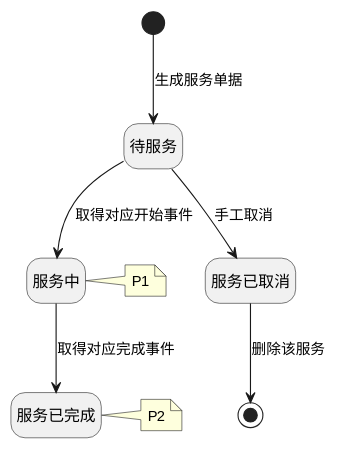
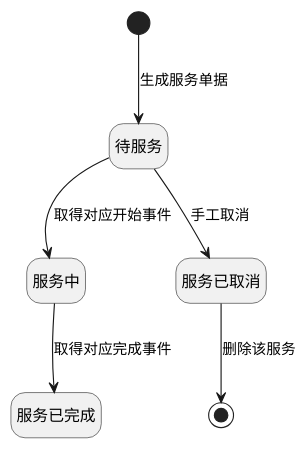
The fifth of 7 diagrams in product-caliber/goldjet/segmented-prd/PRD.高捷物流系统一期.第009篇.空运-订单创建.5029269CA8.md (jack888332/projects-doc), drawn with PlantUML before and after one commit. The commit also changed other lines of this file and 24 other files, not shown here.

````diff
--- a/product-caliber/goldjet/segmented-prd/PRD.高捷物流系统一期.第009篇.空运-订单创建.5029269CA8.md
+++ b/product-caliber/goldjet/segmented-prd/PRD.高捷物流系统一期.第009篇.空运-订单创建.5029269CA8.md
@@ -382,16 +379,14 @@
 ```plantuml
 @startuml goldjet-009-state-service
 hide empty description
 state "待服务" as Waiting
 state "服务中" as Serving
 state "服务已完成" as Completed
 state "服务已取消" as Cancelled
 [*] --> Waiting : 生成服务单据
 Waiting --> Serving : 取得对应开始事件
 Serving --> Completed : 取得对应完成事件
 Waiting --> Cancelled : 手工取消
 Cancelled --> [*] : 删除该服务
-note right of Serving : P1
-note right of Completed : P2
 @enduml
 ```
````
